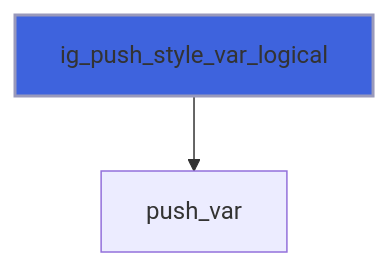
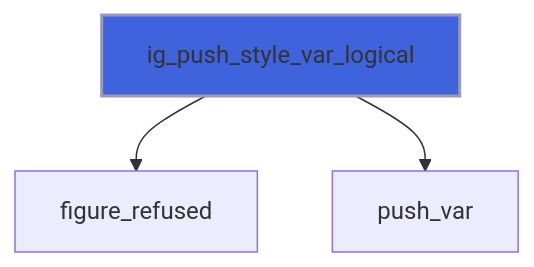
Before and after one commit to szaghi/figure: diagram 11 of 44 in docs/api/src/lib/figure_style.md, drawn with Mermaid. The commit also changed other lines of this file and 10 other files, not shown here.

````diff
--- a/docs/api/src/lib/figure_style.md
+++ b/docs/api/src/lib/figure_style.md
@@ -408,5 +427,6 @@
 ```mermaid
 flowchart TD
+  ig_push_style_var_logical["ig_push_style_var_logical"] --> figure_refused["figure_refused"]
   ig_push_style_var_logical["ig_push_style_var_logical"] --> push_var["push_var"]
   style ig_push_style_var_logical fill:#3e63dd,stroke:#99b,stroke-width:2px
 ```
````
